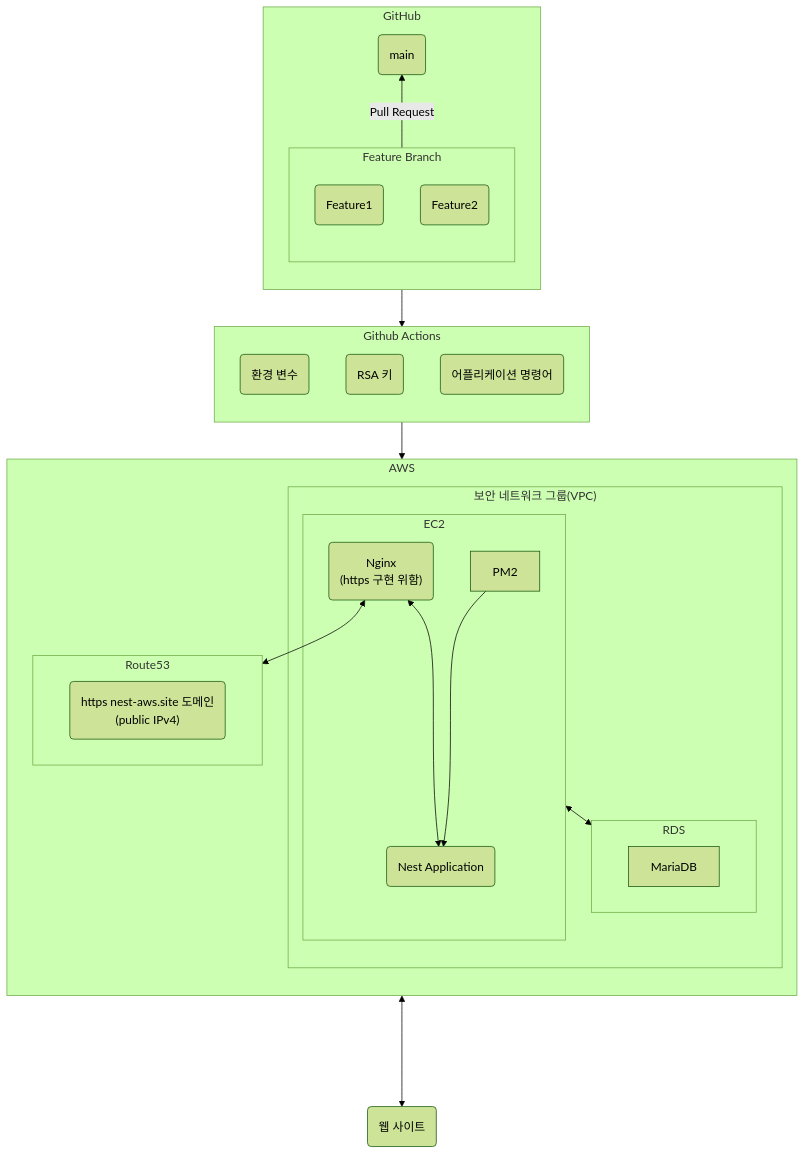
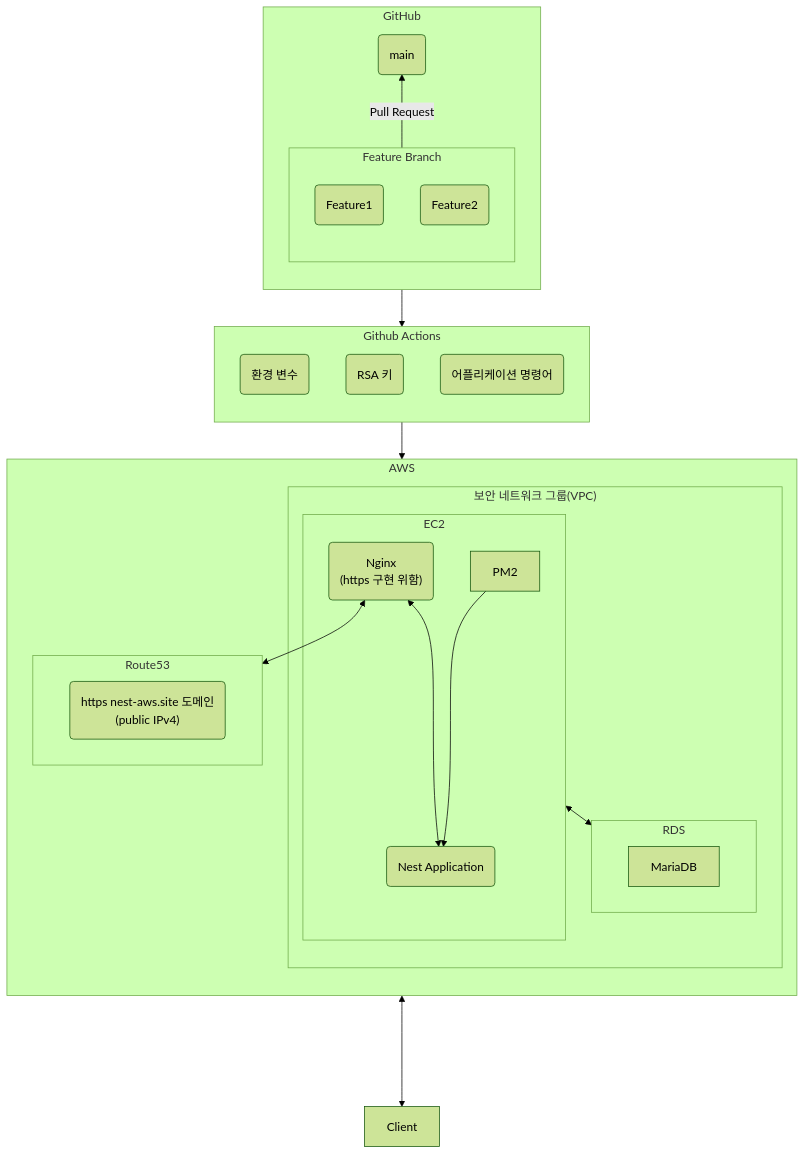
The second of 2 diagrams in profile/README.md (Team-LinkUp/.github), drawn with Mermaid (forest theme) before and after one commit. The commit also changed other lines of this file, not shown here.

````diff
--- a/profile/README.md
+++ b/profile/README.md
@@ -107,53 +117,51 @@
 ```mermaid
 flowchart TB
     
 subgraph GitHubRepo ["GitHub"]
     direction BT
     subgraph feature ["Feature Branch"]
         Github-Branch-feat1("Feature1")
         Github-Branch-feat2("Feature2")
     end
     
     Github-Branch-main("main")
     
     feature -- Pull Request --> Github-Branch-main
 end
 
 subgraph GithubAction ["Github Actions"]
     direction TB
     Env("환경 변수")
     SSL("RSA 키")
     Cmd("어플리케이션 명령어")
 end
 
 Github-Branch-main --> GithubAction
 
 subgraph AWS ["AWS"]
     direction TB
     subgraph VPC ["보안 네트워크 그룹(VPC)"]
         subgraph EC2
             PM2
             Nest("Nest Application")
             PM2 --> Nest
             Nginx("Nginx\n (https 구현 위함)")
             Nginx <---> Nest
         end
         subgraph RDS
             MariaDB
         end
         EC2 <---> RDS
     end
     subgraph Route53
         nest-aws.site("https nest-aws.site 도메인 \n (public IPv4)")
     end
     
     Nginx <--> Route53
     
 end
 
 GithubAction --> PM2
 
-FrontEnd("웹 사이트")
-
-Route53 <----> FrontEnd
+Route53 <----> Client
 ```
````
